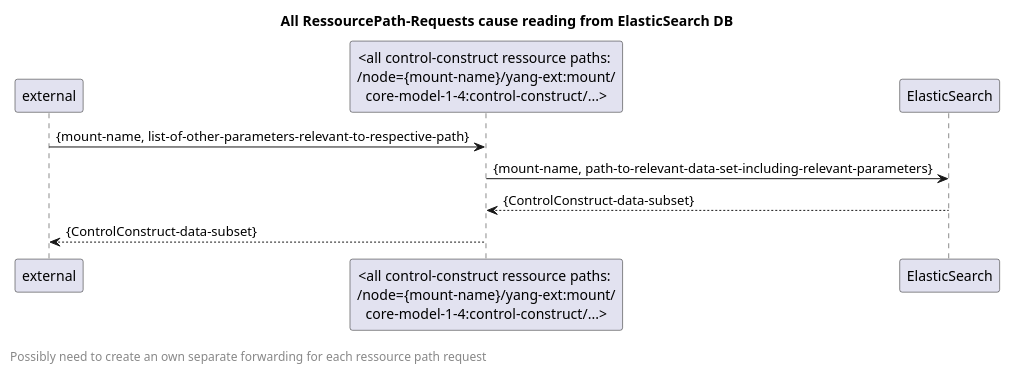
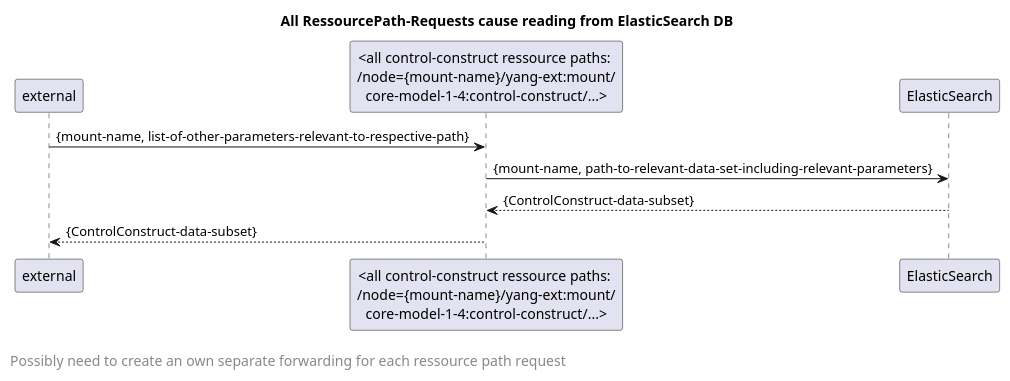
The diagram in spec/diagrams/09x_forwardingRessourcePathRequest.plantuml (openBackhaul/MicroWaveDeviceInventory), drawn with PlantUML before and after one commit. The commit also changed 1 other file, not shown here.

Commit message:
font size

```diff
--- a/spec/diagrams/09x_forwardingRessourcePathRequest.plantuml
+++ b/spec/diagrams/09x_forwardingRessourcePathRequest.plantuml
@@ -1,23 +1,23 @@
 @startuml
 skinparam responseMessageBelowArrow true
 
 title All RessourcePath-Requests cause reading from ElasticSearch DB
 
 "external" -> "<all control-construct ressource paths: \n/node={mount-name}/yang-ext:mount/\ncore-model-1-4:control-construct/...>": {mount-name, list-of-other-parameters-relevant-to-respective-path}
 
 "<all control-construct ressource paths: \n/node={mount-name}/yang-ext:mount/\ncore-model-1-4:control-construct/...>" -> "ElasticSearch": {mount-name, path-to-relevant-data-set-including-relevant-parameters}
 "ElasticSearch" --> "<all control-construct ressource paths: \n/node={mount-name}/yang-ext:mount/\ncore-model-1-4:control-construct/...>": {ControlConstruct-data-subset}
 
 "<all control-construct ressource paths: \n/node={mount-name}/yang-ext:mount/\ncore-model-1-4:control-construct/...>" --> "external": {ControlConstruct-data-subset}
 
 
 left footer \nPossibly need to create an own separate forwarding for each ressource path request
 
 <style>
 footer {
   HorizontalAlignment left
-  FontSize 12
+  FontSize 14
 }
 </style>
 
 @enduml
```
